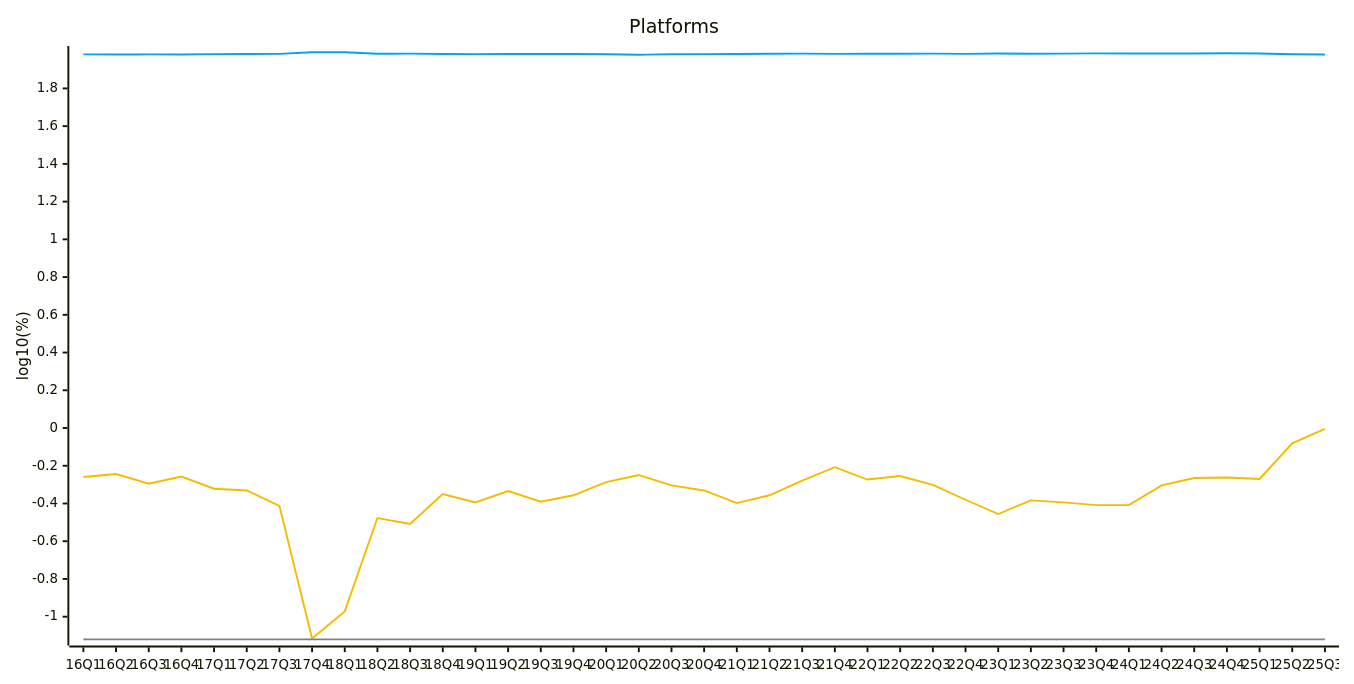
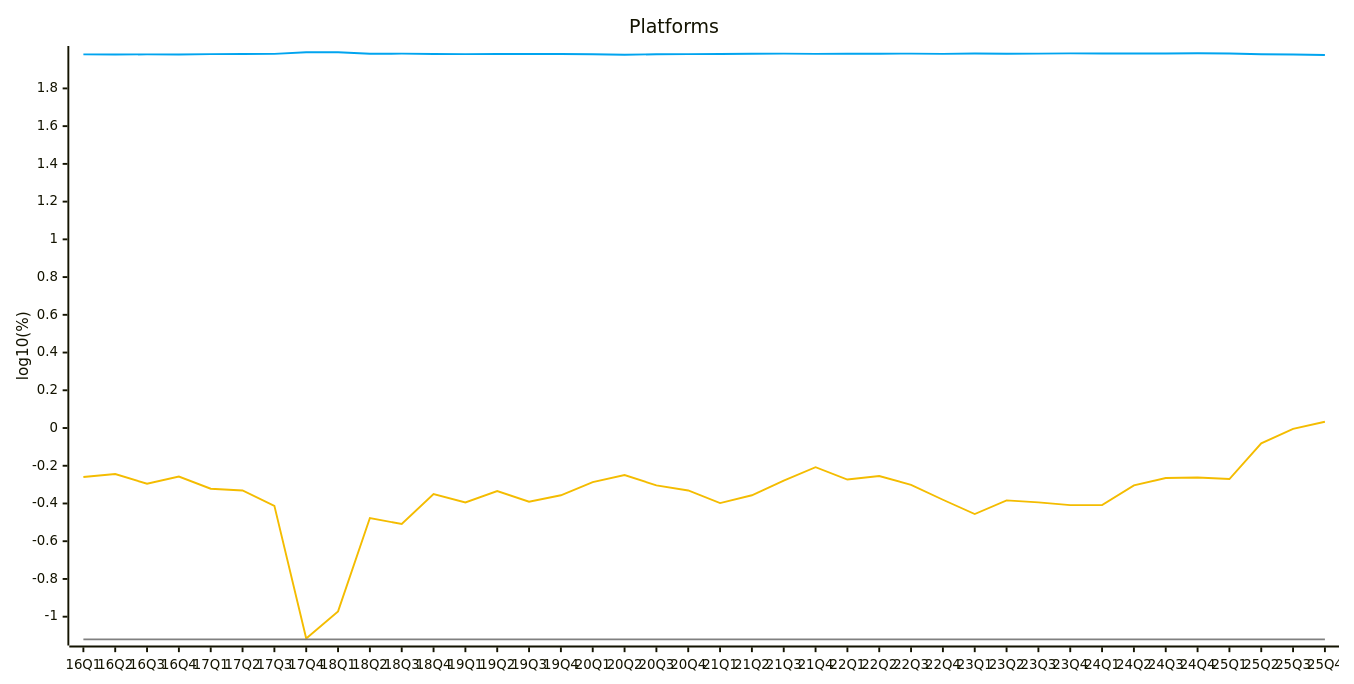
Before and after one commit to jdegene/steamHWsurvey: diagram 11 of 23 in README.md, drawn with Mermaid. The commit also changed other lines of this file and 2 other files, not shown here.

````diff
--- a/README.md
+++ b/README.md
@@ -359,22 +359,22 @@
 ```mermaid
 ---
 config:
     xyChart:
         width: 1400
         height: 700
         
     themeVariables:
         xyChart:
             plotColorPalette: "#00A4EF,#F4BC00,#FFFFFF,#808080"
 
 --- 
 
 xychart-beta
     title "Platforms"
-    x-axis [16Q1, 16Q2, 16Q3, 16Q4, 17Q1, 17Q2, 17Q3, 17Q4, 18Q1, 18Q2, 18Q3, 18Q4, 19Q1, 19Q2, 19Q3, 19Q4, 20Q1, 20Q2, 20Q3, 20Q4, 21Q1, 21Q2, 21Q3, 21Q4, 22Q1, 22Q2, 22Q3, 22Q4, 23Q1, 23Q2, 23Q3, 23Q4, 24Q1, 24Q2, 24Q3, 24Q4, 25Q1, 25Q2, 25Q3]
+    x-axis [16Q1, 16Q2, 16Q3, 16Q4, 17Q1, 17Q2, 17Q3, 17Q4, 18Q1, 18Q2, 18Q3, 18Q4, 19Q1, 19Q2, 19Q3, 19Q4, 20Q1, 20Q2, 20Q3, 20Q4, 21Q1, 21Q2, 21Q3, 21Q4, 22Q1, 22Q2, 22Q3, 22Q4, 23Q1, 23Q2, 23Q3, 23Q4, 24Q1, 24Q2, 24Q3, 24Q4, 25Q1, 25Q2, 25Q3, 25Q4]
     y-axis "log10(%)" 
-    line [1.9802155404383917, 1.979624240628282, 1.980351879987696, 1.9800185299398638, 1.9816827273712854, 1.982572721758308, 1.9832803974968953, 1.9917722931389528, 1.9918165509457988, 1.9836713828601966, 1.9841370981421773, 1.9823164696920652, 1.9818337023022028, 1.98260285912218, 1.982663127576607, 1.9824973691977124, 1.980987565897523, 1.9784544333652285, 1.9808968105721918, 1.9818789845490319, 1.9820148029679552, 1.9836563514685916, 1.9843472575858638, 1.9830095089762874, 1.983475934177939, 1.9839418589838882, 1.984332249569209, 1.982843882774237, 1.985067033150501, 1.9837315032246328, 1.9845123115481849, 1.9854863519931893, 1.9850220821095352, 1.9854264740830017, 1.985126960635335, 1.9866075369314276, 1.9853516150839534, 1.9808665545820792, 1.9793966030856003]
-    line [-0.2596373105057561, -0.24412514432750856, -0.2952776667748899, -0.25701316667960733, -0.3217852172546007, -0.33099321904142437, -0.412663265492744, -1.1153934187020695, -0.9719712763997564, -0.4771212547196624, -0.5086383061657274, -0.35001645635485484, -0.3943358844032124, -0.3341064544655673, -0.39076142404491426, -0.3565473235138126, -0.286789556549371, -0.24923455010598888, -0.30393498630738836, -0.33099321904142437, -0.3979400086720376, -0.3565473235138126, -0.27846416776523975, -0.20760831050174613, -0.27300127206373764, -0.2544047835720792, -0.3010299956639812, -0.38021124171160603, -0.4559319556497244, -0.38369956955742734, -0.3943358844032124, -0.40893539297350084, -0.40893539297350084, -0.30393498630738836, -0.26493365031570454, -0.26227740667196464, -0.2702953786878128, -0.08092190762392612, -0.004364805402450137]
-    line [0.5198279937757186, 0.5344491888776157, 0.49369035615285534, 0.5100979751883424, 0.46834733041215726, 0.4398587926007197, 0.43136376415898736, 0.08990511143939793, 0.1072099696478683, 0.44247976906444864, 0.41329976408125185, 0.46139847045682947, 0.4790471757557008, 0.4522976709946303, 0.43880595697745334, 0.44352374668712513, 0.4823971222533358, 0.5542872095319618, 0.48287358360875376, 0.4732435996564607, 0.4727564493172124, 0.41608549834018554, 0.359835482339888, 0.35410843914740087, 0.3424226808222063, 0.2952004520032574, 0.24551266781414982, 0.27184160653649897, 0.20682587603184968, 0.17993459813744145, -0.00877392430750515, -0.09691001300805639, -0.13469857389745624, -0.13469857389745624, -0.10605339244792618, -0.07058107428570734, -0.06550154875643234, 0.06818586174616162, 0.08990511143939785]
-    line [-1.12, -1.12, -1.12, -1.12, -1.12, -1.12, -1.12, -1.12, -1.12, -1.12, -1.12, -1.12, -1.12, -1.12, -1.12, -1.12, -1.12, -1.12, -1.12, -1.12, -1.12, -1.12, -1.12, -1.12, -1.12, -1.12, -1.12, -1.12, -1.12, -1.12, -1.12, -1.12, -1.12, -1.12, -1.12, -1.12, -1.12, -1.12, -1.12]
+    line [1.9802155404383917, 1.979624240628282, 1.980351879987696, 1.9800185299398638, 1.9816827273712854, 1.982572721758308, 1.9832803974968953, 1.9917722931389528, 1.9918165509457988, 1.9836713828601966, 1.9841370981421773, 1.9823164696920652, 1.9818337023022028, 1.98260285912218, 1.982663127576607, 1.9824973691977124, 1.980987565897523, 1.9784544333652285, 1.9808968105721918, 1.9818789845490319, 1.9820148029679552, 1.9836563514685916, 1.9843472575858638, 1.9830095089762874, 1.983475934177939, 1.9839418589838882, 1.984332249569209, 1.982843882774237, 1.985067033150501, 1.9837315032246328, 1.9845123115481849, 1.9854863519931893, 1.9850220821095352, 1.9854264740830017, 1.985126960635335, 1.9866075369314276, 1.9853516150839534, 1.9808665545820792, 1.9793966030856003, 1.9768083373380663]
+    line [-0.2596373105057561, -0.24412514432750856, -0.2952776667748899, -0.25701316667960733, -0.3217852172546007, -0.33099321904142437, -0.412663265492744, -1.1153934187020695, -0.9719712763997564, -0.4771212547196624, -0.5086383061657274, -0.35001645635485484, -0.3943358844032124, -0.3341064544655673, -0.39076142404491426, -0.3565473235138126, -0.286789556549371, -0.24923455010598888, -0.30393498630738836, -0.33099321904142437, -0.3979400086720376, -0.3565473235138126, -0.27846416776523975, -0.20760831050174613, -0.27300127206373764, -0.2544047835720792, -0.3010299956639812, -0.38021124171160603, -0.4559319556497244, -0.38369956955742734, -0.3943358844032124, -0.40893539297350084, -0.40893539297350084, -0.30393498630738836, -0.26493365031570454, -0.26227740667196464, -0.2702953786878128, -0.08092190762392612, -0.004364805402450137, 0.03342375548694973]
+    line [0.5198279937757186, 0.5344491888776157, 0.49369035615285534, 0.5100979751883424, 0.46834733041215726, 0.4398587926007197, 0.43136376415898736, 0.08990511143939793, 0.1072099696478683, 0.44247976906444864, 0.41329976408125185, 0.46139847045682947, 0.4790471757557008, 0.45229767099463025, 0.43880595697745334, 0.44352374668712513, 0.4823971222533358, 0.5542872095319618, 0.48287358360875376, 0.4732435996564607, 0.4727564493172124, 0.41608549834018554, 0.359835482339888, 0.35410843914740087, 0.3424226808222063, 0.2952004520032574, 0.24551266781414982, 0.27184160653649897, 0.20682587603184968, 0.17993459813744145, -0.00877392430750515, -0.09691001300805639, -0.13469857389745624, -0.13469857389745624, -0.10605339244792618, -0.07058107428570734, -0.06550154875643234, 0.06818586174616162, 0.08990511143939785, 0.1931245983544616]
+    line [-1.12, -1.12, -1.12, -1.12, -1.12, -1.12, -1.12, -1.12, -1.12, -1.12, -1.12, -1.12, -1.12, -1.12, -1.12, -1.12, -1.12, -1.12, -1.12, -1.12, -1.12, -1.12, -1.12, -1.12, -1.12, -1.12, -1.12, -1.12, -1.12, -1.12, -1.12, -1.12, -1.12, -1.12, -1.12, -1.12, -1.12, -1.12, -1.12, -1.12]
 ``` 
````
